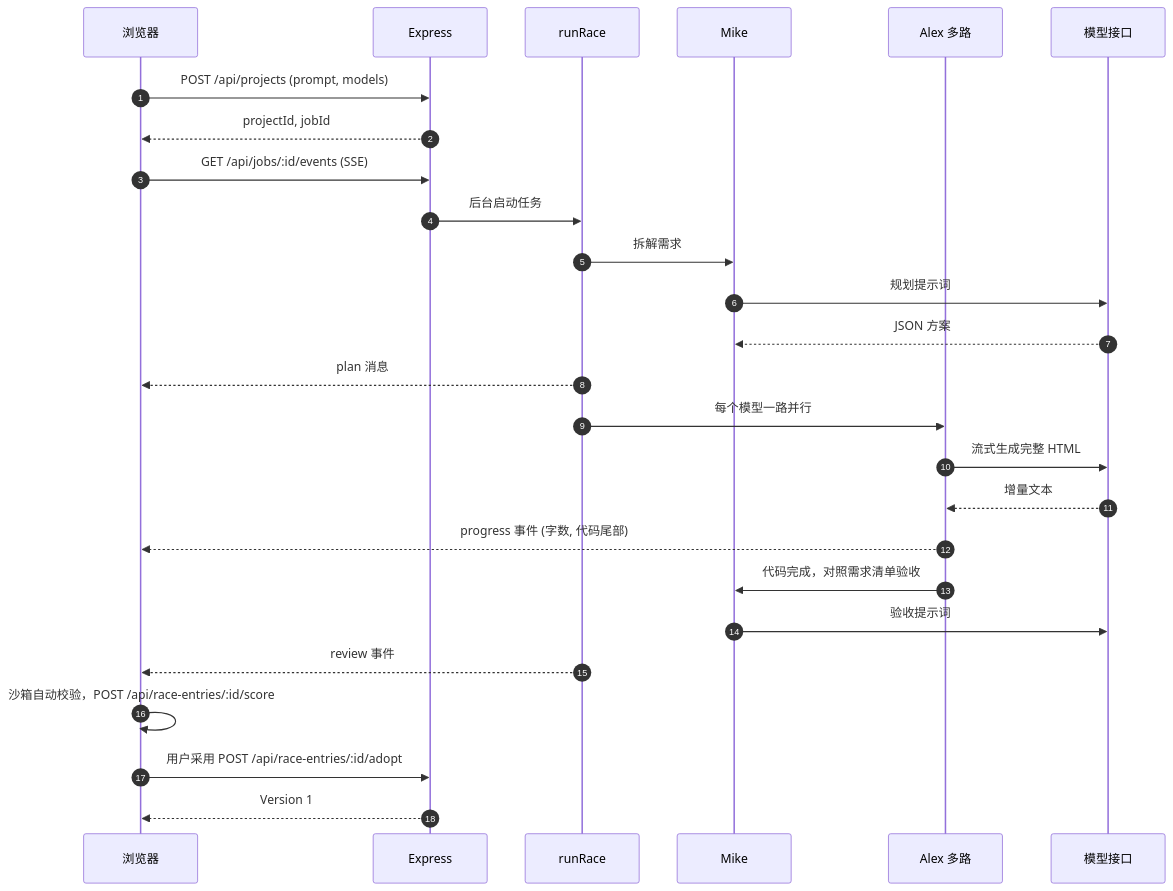
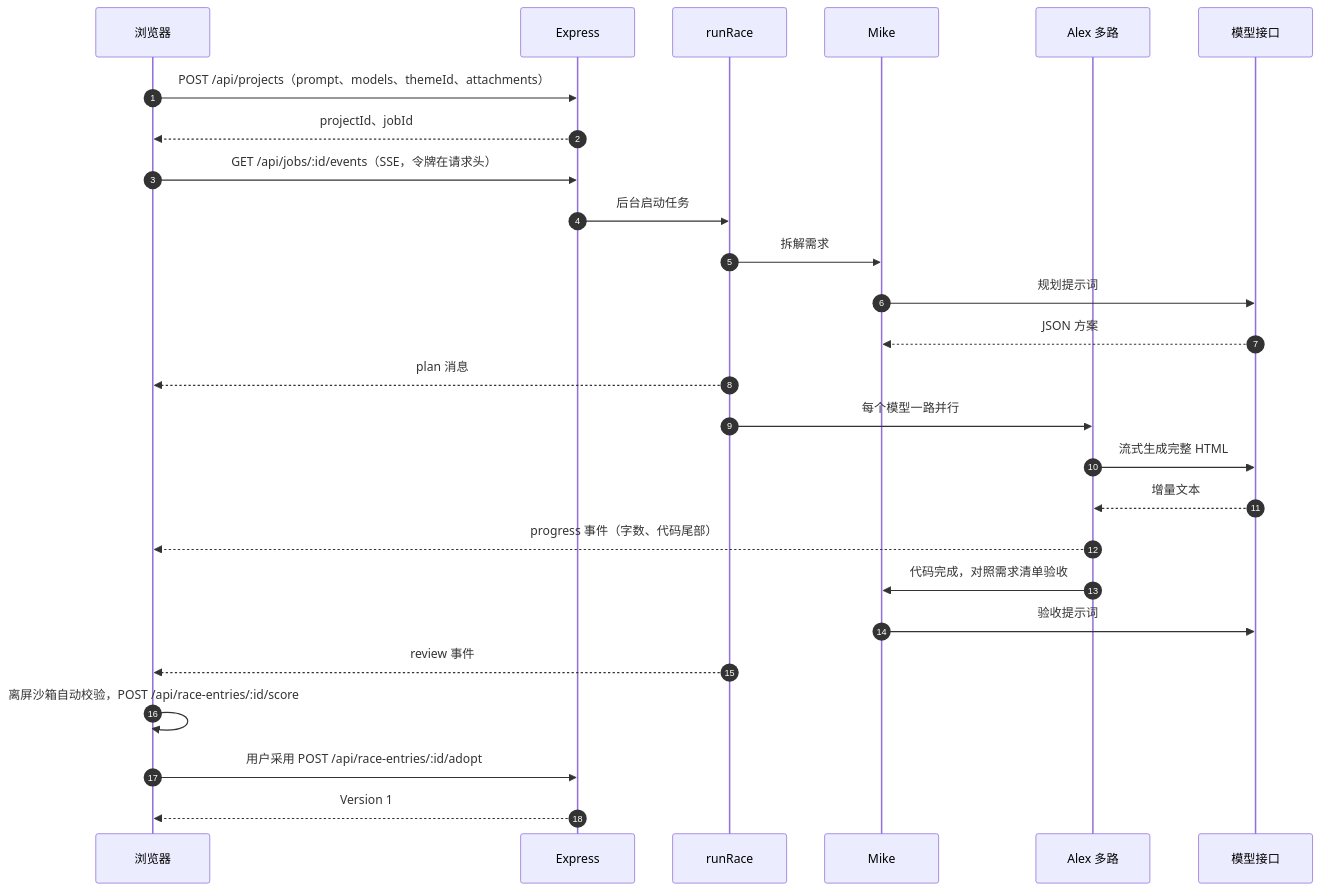
The first of 2 diagrams in docs/说明文档.md (dong161/atoms-demo), drawn with Mermaid before and after one commit. The commit also changed other lines of this file and 3 other files, not shown here.

Commit message:
docs: 说明文档按最新代码更新；修复首页示例卡片图片引用；忽略隧道地址文件

````diff
--- a/docs/说明文档.md
+++ b/docs/说明文档.md
@@ -40,28 +53,28 @@
 ```mermaid
 sequenceDiagram
   autonumber
   participant B as 浏览器
   participant S as Express
   participant R as runRace
   participant M as Mike
   participant A as Alex 多路
   participant L as 模型接口
-  B->>S: POST /api/projects (prompt, models)
-  S-->>B: projectId, jobId
-  B->>S: GET /api/jobs/:id/events (SSE)
+  B->>S: POST /api/projects（prompt、models、themeId、attachments）
+  S-->>B: projectId、jobId
+  B->>S: GET /api/jobs/:id/events（SSE，令牌在请求头）
   S->>R: 后台启动任务
   R->>M: 拆解需求
   M->>L: 规划提示词
   L-->>M: JSON 方案
   R-->>B: plan 消息
   R->>A: 每个模型一路并行
   A->>L: 流式生成完整 HTML
   L-->>A: 增量文本
-  A-->>B: progress 事件 (字数, 代码尾部)
+  A-->>B: progress 事件（字数、代码尾部）
   A->>M: 代码完成，对照需求清单验收
   M->>L: 验收提示词
   R-->>B: review 事件
-  B->>B: 沙箱自动校验，POST /api/race-entries/:id/score
+  B->>B: 离屏沙箱自动校验，POST /api/race-entries/:id/score
   B->>S: 用户采用 POST /api/race-entries/:id/adopt
   S-->>B: Version 1
 ```
````
